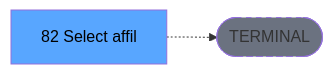
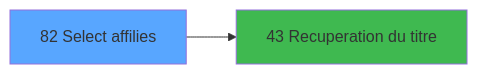
One commit to thonyAGP/magic-migration changed the third of 3 diagrams in .openspec/specs/ADH-IDE-82.md. Above: the diagram before and after it, drawn with Mermaid. The commit also changed other lines of this file and 253 other files, not shown here.

````diff
--- a/.openspec/specs/ADH-IDE-82.md
+++ b/.openspec/specs/ADH-IDE-82.md
@@ -136,8 +803,8 @@
 ```mermaid
 graph LR
-    T[82    Select affil]
-    TERM([TERMINAL])
-    T -.-> TERM
-    style TERM fill:#6b7280,stroke-dasharray: 5 5
-    style T fill:#58a6ff,color:#000
+    T82[82 Select affilies]
+    style T82 fill:#58a6ff
+    C43[43 Recuperation du titre]
+    T82 --> C43
+    style C43 fill:#3fb950
 ```
````
